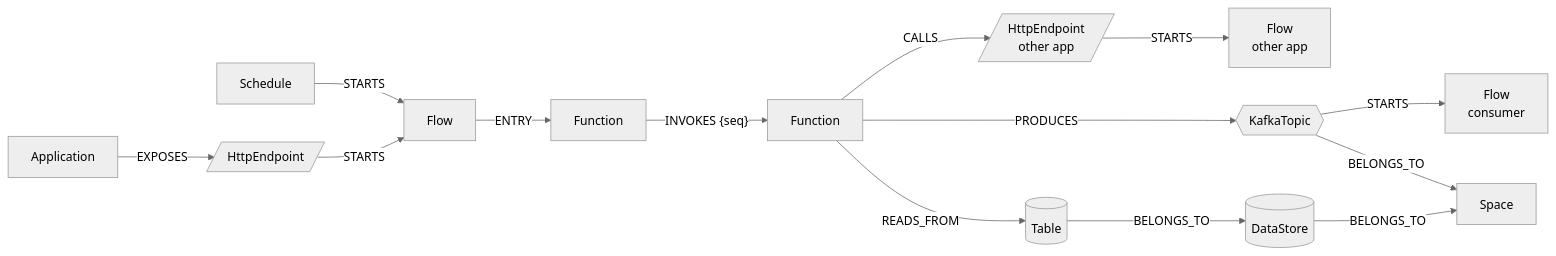
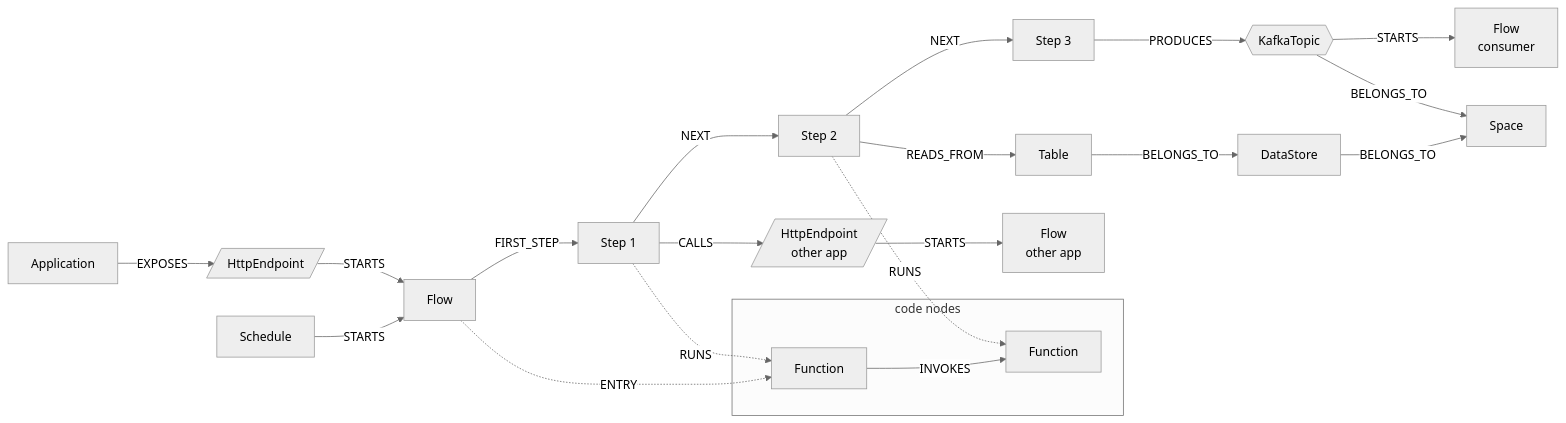
The fifth of 8 diagrams in docs/DESIGN_DOC.md (KBavis/steno), drawn with Mermaid (neutral theme) before and after one commit. The commit also changed other lines of this file, not shown here.

Commit message:
fix: esnure design doc reflects steps instead of functions

````diff
--- a/docs/DESIGN_DOC.md
+++ b/docs/DESIGN_DOC.md
@@ -196,15 +196,23 @@
 ```mermaid
 flowchart LR
+    APP[Application] -- EXPOSES --> EP[/HttpEndpoint/]
     SCH[Schedule] -- STARTS --> FL
-    EP[/HttpEndpoint/] -- STARTS --> FL[Flow]
-    FL -- ENTRY --> FN1[Function]
-    FN1 -- "INVOKES {seq}" --> FN2[Function]
-    FN2 -- CALLS --> EP2[/HttpEndpoint<br/>other app/]
-    FN2 -- PRODUCES --> T{{KafkaTopic}}
-    FN2 -- READS_FROM --> TB[(Table)]
+    EP -- STARTS --> FL[Flow]
+    FL -- FIRST_STEP --> S1[Step 1]
+    S1 -- NEXT --> S2[Step 2]
+    S2 -- NEXT --> S3[Step 3]
+    S1 -- CALLS --> EP2[/HttpEndpoint<br/>other app/]
+    EP2 -- STARTS --> FL3[Flow<br/>other app]
+    S2 -- READS_FROM --> TB[Table]
+    S3 -- PRODUCES --> T{{KafkaTopic}}
     T -- STARTS --> FL2[Flow<br/>consumer]
-    EP2 -- STARTS --> FL3[Flow<br/>other app]
-    APP[Application] -- EXPOSES --> EP
-    TB -- BELONGS_TO --> DS[(DataStore)] -- BELONGS_TO --> SP[Space]
+    TB -- BELONGS_TO --> DS[DataStore]
+    DS -- BELONGS_TO --> SP[Space]
     T -- BELONGS_TO --> SP
+    subgraph code [code nodes]
+      FN1[Function] -- INVOKES --> FN2[Function]
+    end
+    FL -. ENTRY .-> FN1
+    S1 -. RUNS .-> FN1
+    S2 -. RUNS .-> FN2
 ```
````
